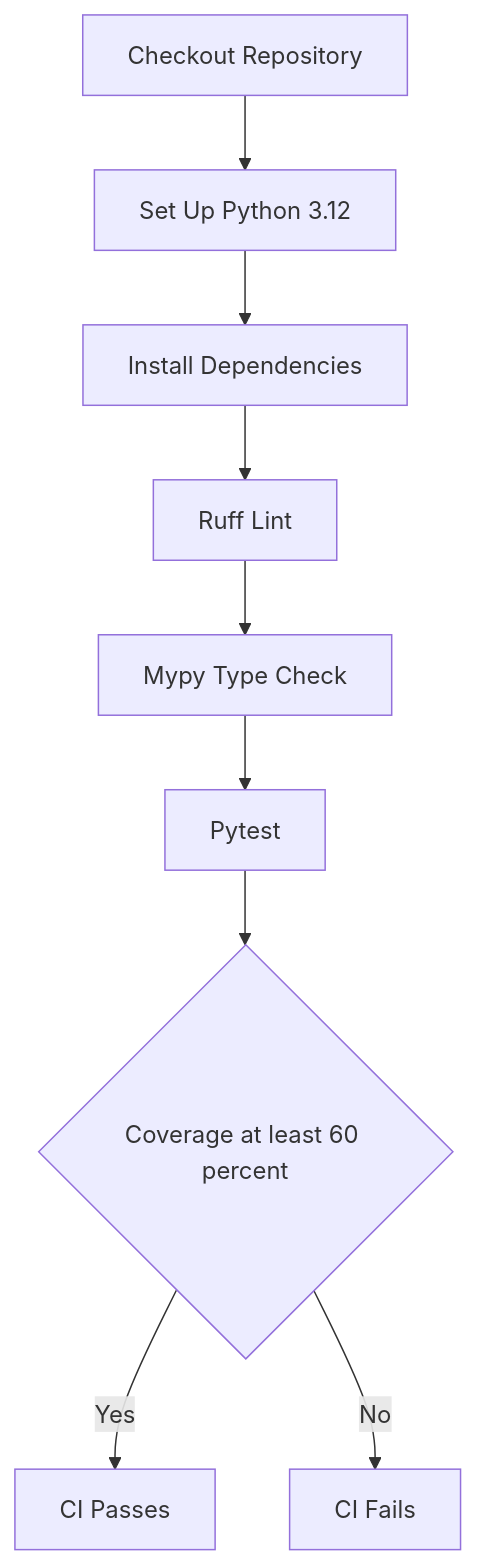
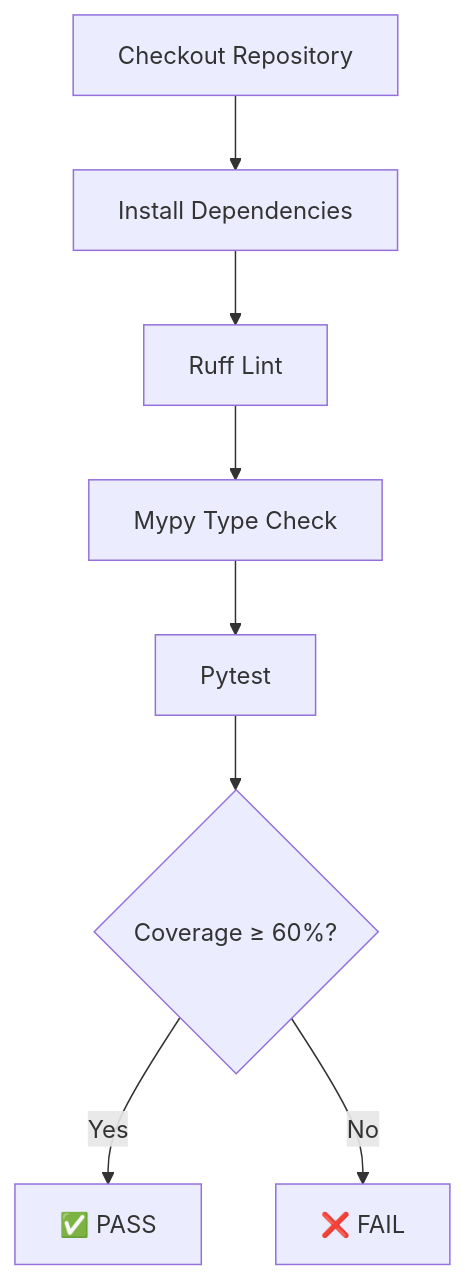
One commit to FermanFX/ML_PROJECT changed the diagram in README.md. Above: the diagram before and after it, drawn with Mermaid. The commit also changed other lines of this file, not shown here.

Commit message:
Fix Readme File

````diff
--- a/README.md
+++ b/README.md
@@ -2378,11 +2380,10 @@
 ```mermaid
 flowchart TD
-    A[Checkout Repository] --> B[Set Up Python 3.12]
-    B --> C[Install Dependencies]
-    C --> D[Ruff Lint]
-    D --> E[Mypy Type Check]
-    E --> F[Pytest]
-    F --> G{Coverage at least 60 percent}
-    G -->|Yes| H[CI Passes]
-    G -->|No| I[CI Fails]
+    A[Checkout Repository] --> B[Install Dependencies]
+    B --> C[Ruff Lint]
+    C --> D[Mypy Type Check]
+    D --> E[Pytest]
+    E --> F{Coverage ≥ 60%?}
+    F -->|Yes| G[✅ PASS]
+    F -->|No| H[❌ FAIL]
 ```
````
